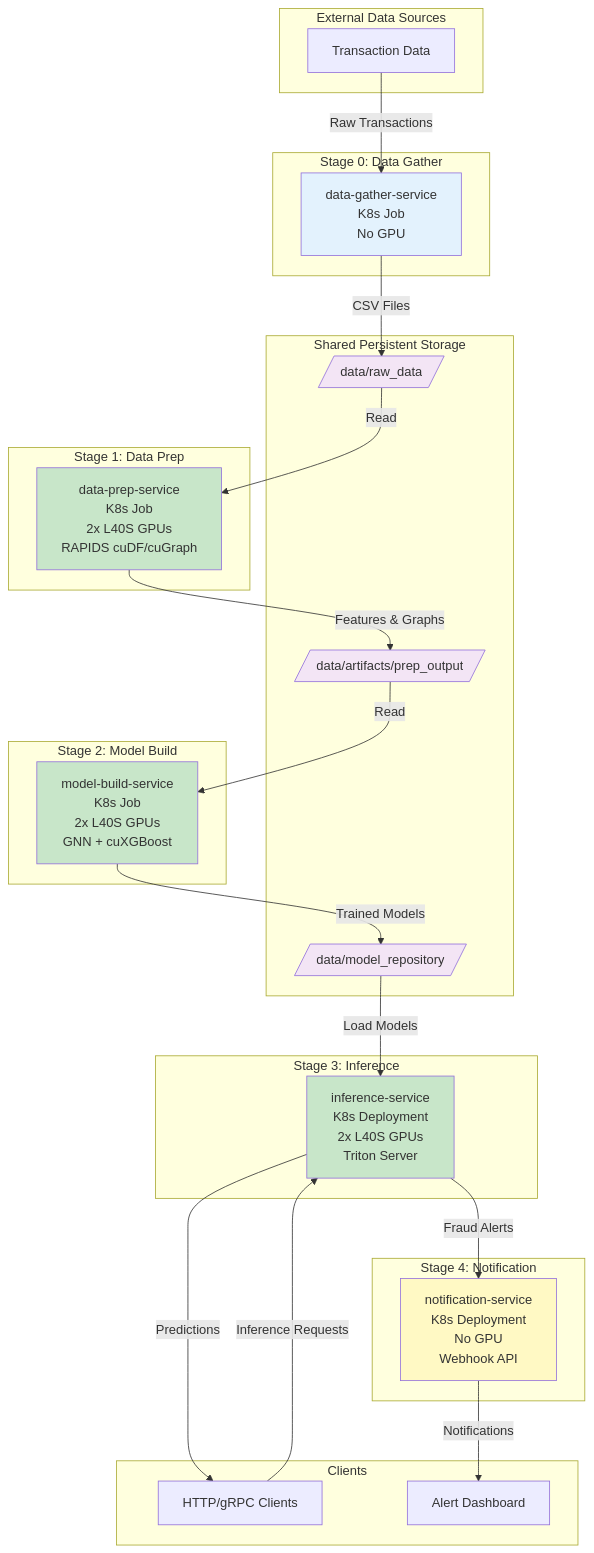
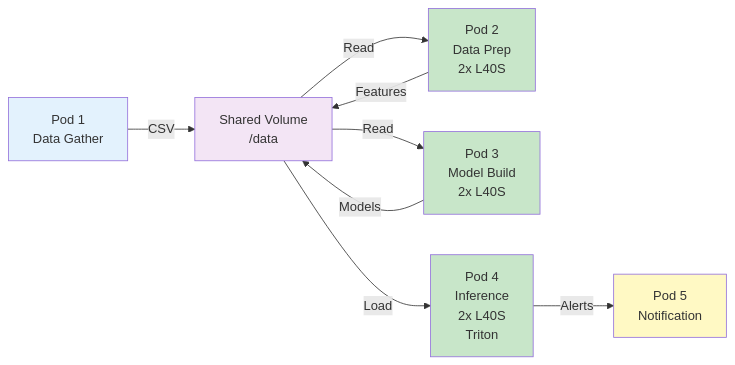
One commit to PureStorage-OpenConnect/fraud-detection-demo changed the diagram in README.md. Above: the diagram before and after it, drawn with Mermaid. The commit also changed other lines of this file, not shown here.

````diff
--- a/README.md
+++ b/README.md
@@ -47,58 +17,17 @@
 ```mermaid
-graph TB
-    subgraph "External Data Sources"
-        A[Transaction Data]
-    end
-
-    subgraph "Stage 0: Data Gather"
-        B[data-gather-service<br/>K8s Job<br/>No GPU]
-    end
-
-    subgraph "Shared Persistent Storage"
-        S1[/data/raw_data/]
-        S2[/data/artifacts/prep_output/]
-        S3[/data/model_repository/]
-    end
-
-    subgraph "Stage 1: Data Prep"
-        C[data-prep-service<br/>K8s Job<br/>2x L40S GPUs<br/>RAPIDS cuDF/cuGraph]
-    end
-
-    subgraph "Stage 2: Model Build"
-        D[model-build-service<br/>K8s Job<br/>2x L40S GPUs<br/>GNN + cuXGBoost]
-    end
-
-    subgraph "Stage 3: Inference"
-        E[inference-service<br/>K8s Deployment<br/>2x L40S GPUs<br/>Triton Server]
-    end
-
-    subgraph "Stage 4: Notification"
-        F[notification-service<br/>K8s Deployment<br/>No GPU<br/>Webhook API]
-    end
-
-    subgraph "Clients"
-        G[HTTP/gRPC Clients]
-        H[Alert Dashboard]
-    end
-
-    A -->|Raw Transactions| B
-    B -->|CSV Files| S1
-    S1 -->|Read| C
-    C -->|Features & Graphs| S2
-    S2 -->|Read| D
-    D -->|Trained Models| S3
-    S3 -->|Load Models| E
-    E -->|Fraud Alerts| F
-    F -->|Notifications| H
-    G -->|Inference Requests| E
-    E -->|Predictions| G
-
-    style B fill:#e3f2fd
+graph LR
+    A[Pod 1<br/>Data Gather] -->|CSV| B[Shared Volume<br/>/data]
+    B -->|Read| C[Pod 2<br/>Data Prep<br/>2x L40S]
+    C -->|Features| B
+    B -->|Read| D[Pod 3<br/>Model Build<br/>2x L40S]
+    D -->|Models| B
+    B -->|Load| E[Pod 4<br/>Inference<br/>2x L40S<br/>Triton]
+    E -->|Alerts| F[Pod 5<br/>Notification]
+    
+    style A fill:#e3f2fd
     style C fill:#c8e6c9
     style D fill:#c8e6c9
     style E fill:#c8e6c9
     style F fill:#fff9c4
-    style S1 fill:#f3e5f5
-    style S2 fill:#f3e5f5
-    style S3 fill:#f3e5f5
+    style B fill:#f3e5f5
 ```
````
